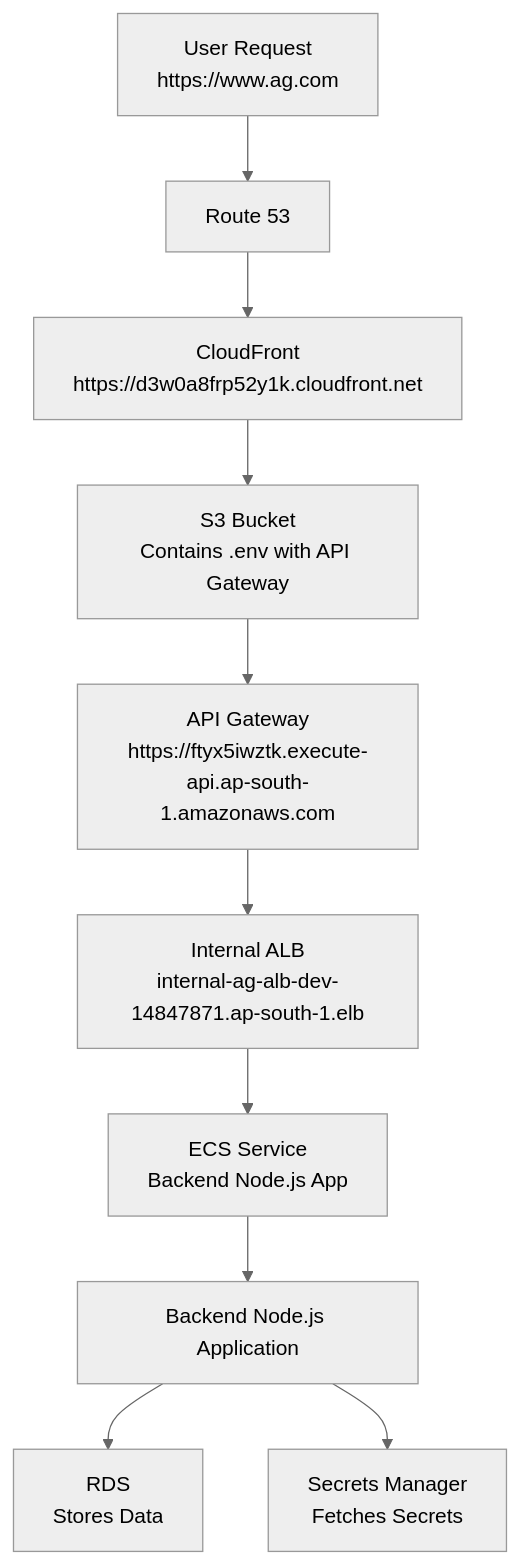
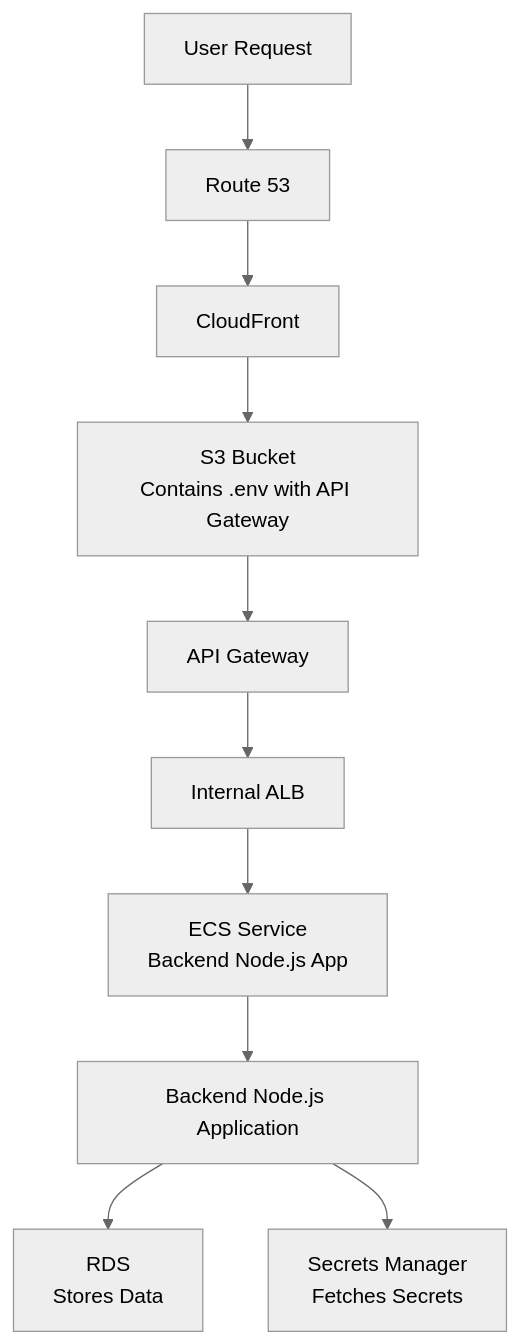
Before and after one commit to nik786/kube-learn: the diagram in arch-01.md, drawn with Mermaid (neutral theme).

````diff
--- a/arch-01.md
+++ b/arch-01.md
@@ -93,12 +93,12 @@
 ```mermaid
 graph TD
-    A[User Request<br>https://www.ag.com] --> B[Route 53]
-    B --> C[CloudFront<br>https://d3w0a8frp52y1k.cloudfront.net]
+    A[User Request] --> B[Route 53]
+    B --> C[CloudFront]
     C --> D[S3 Bucket<br>Contains .env with API Gateway]
-    D --> E[API Gateway<br>https://ftyx5iwztk.execute-api.ap-south-1.amazonaws.com]
-    E --> F[Internal ALB<br>internal-ag-alb-dev-14847871.ap-south-1.elb]
+    D --> E[API Gateway]
+    E --> F[Internal ALB]
     F --> G[ECS Service<br>Backend Node.js App]
     G --> H[Backend Node.js Application]
     H --> I[RDS<br>Stores Data]
     H --> J[Secrets Manager<br>Fetches Secrets]
 ```
````
